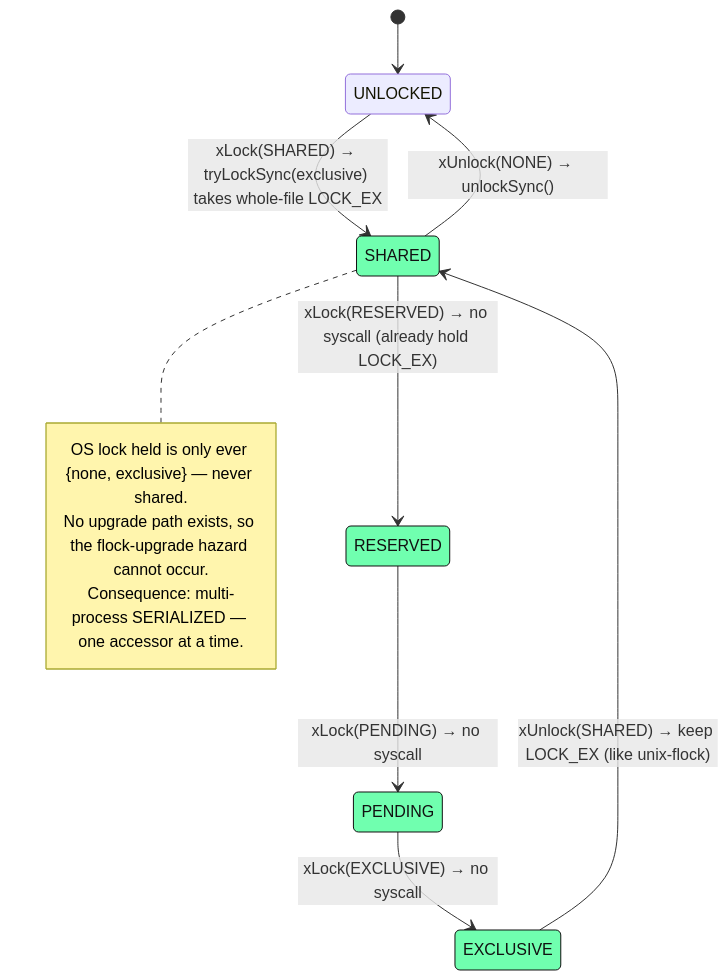
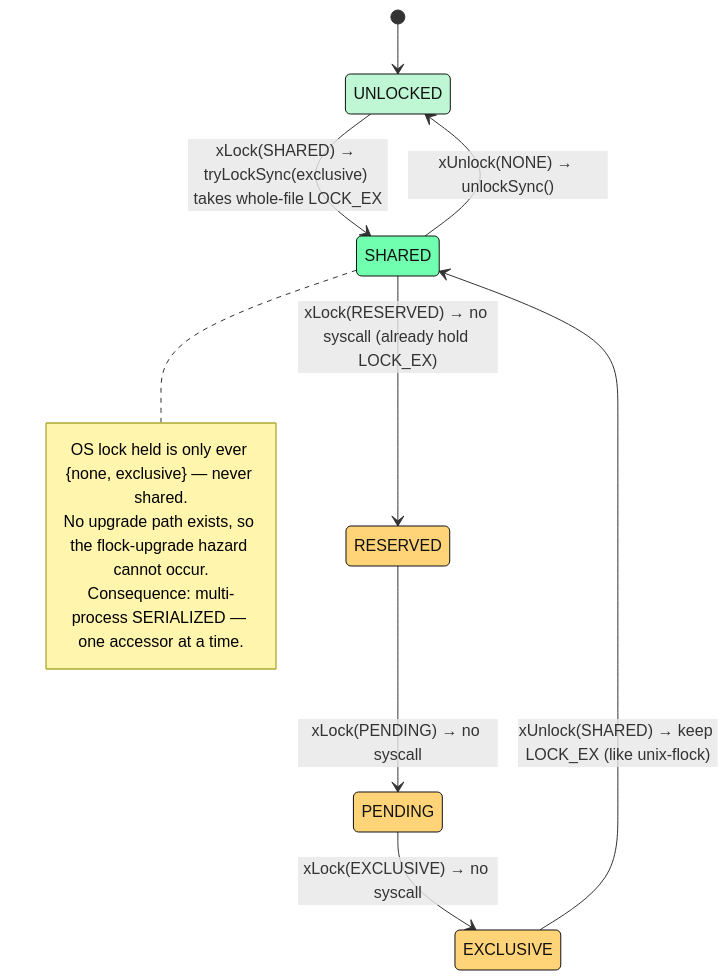
The second of 3 diagrams in README.md (ul0gic/sqlite-deno), drawn with Mermaid before and after one commit. The commit also changed other lines of this file, not shown here.

First line of the commit message:
Match the lock-ladder and WAL diagrams to the VFS-dispatch palette

````diff
--- a/README.md
+++ b/README.md
@@ -199,18 +199,22 @@
 ```mermaid
 stateDiagram-v2
   [*] --> UNLOCKED
   UNLOCKED --> SHARED: xLock(SHARED) → tryLockSync(exclusive) takes whole-file LOCK_EX
   SHARED --> RESERVED: xLock(RESERVED) → no syscall (already hold LOCK_EX)
   RESERVED --> PENDING: xLock(PENDING) → no syscall
   PENDING --> EXCLUSIVE: xLock(EXCLUSIVE) → no syscall
   EXCLUSIVE --> SHARED: xUnlock(SHARED) → keep LOCK_EX (like unix-flock)
   SHARED --> UNLOCKED: xUnlock(NONE) → unlockSync()
   note right of SHARED
     OS lock held is only ever {none, exclusive} — never shared.
     No upgrade path exists, so the flock-upgrade hazard cannot occur.
     Consequence: multi-process SERIALIZED — one accessor at a time.
   end note
 
-  classDef locked fill:#70ffaf,stroke:#111,color:#111,stroke-width:1px;
-  class SHARED,RESERVED,PENDING,EXCLUSIVE locked
+  classDef unlocked fill:#bff7d4,stroke:#111,color:#111,stroke-width:1px;
+  classDef shared fill:#70ffaf,stroke:#111,color:#111,stroke-width:1px;
+  classDef exclusive fill:#ffd479,stroke:#111,color:#111,stroke-width:1px;
+  class UNLOCKED unlocked
+  class SHARED shared
+  class RESERVED,PENDING,EXCLUSIVE exclusive
 ```
````
